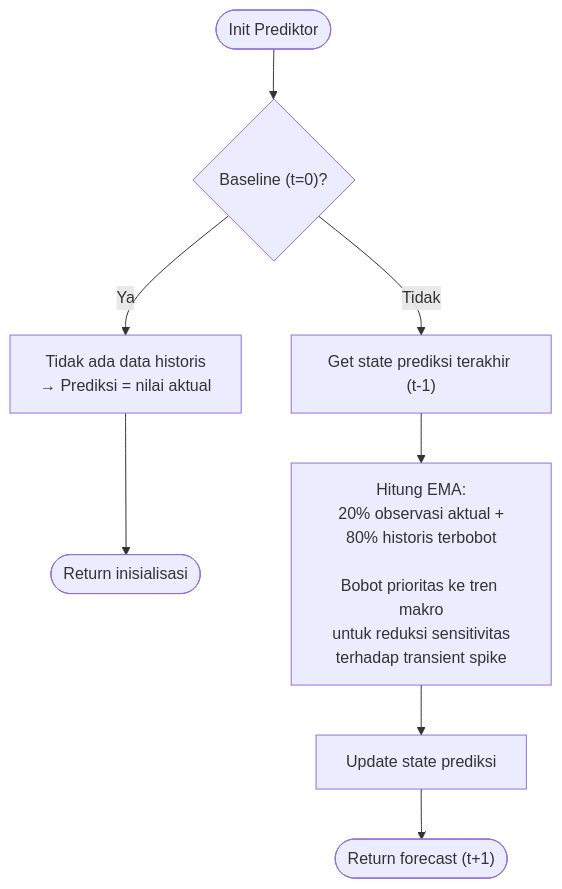
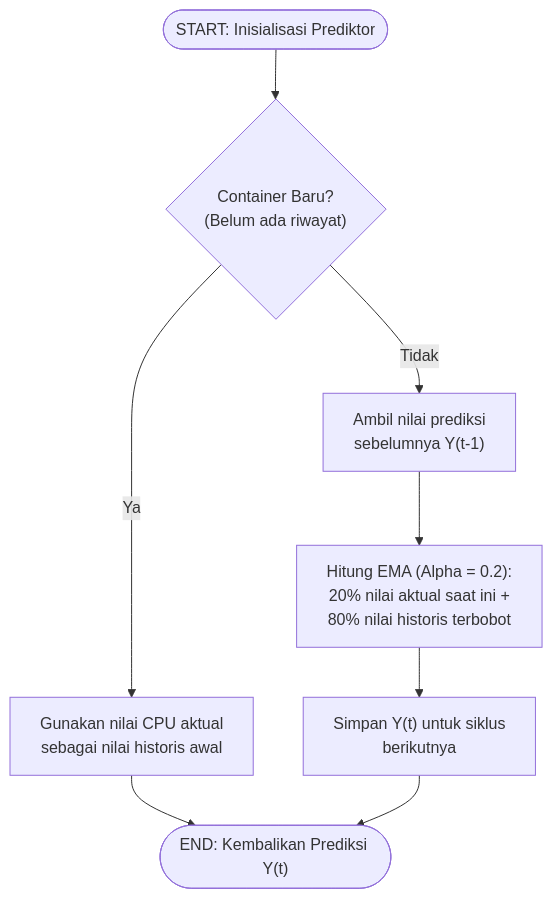
Before and after one commit to fauzanreza/green-container-framework: the third of 4 diagrams in architecture-diagrams/layer-3-control/03_ema_predictor.md, drawn with Mermaid. The commit also changed other lines of this file and 17 other files, not shown here.

Commit message:
edit fitur, menyesuaikan Architecture Diagram

````diff
--- a/architecture-diagrams/layer-3-control/03_ema_predictor.md
+++ b/architecture-diagrams/layer-3-control/03_ema_predictor.md
@@ -73,21 +73,21 @@
 ```mermaid
 flowchart TD
-    START(["Init Prediktor"])
+    START(["START: Inisialisasi Prediktor"])
 
-    PERTAMA{"Baseline (t=0)?"}
-    MULAI["Tidak ada data historis<br/>→ Prediksi = nilai aktual"]
-    HASIL_AWAL(["Return inisialisasi"])
-
-    AMBIL["Get state prediksi terakhir (t-1)"]
-    HITUNG["Hitung EMA:<br/>20% observasi aktual +<br/>80% historis terbobot<br/><br/>Bobot prioritas ke tren makro<br/>untuk reduksi sensitivitas<br/>terhadap transient spike"]
-    SIMPAN["Update state prediksi"]
-    HASIL(["Return forecast (t+1)"])
+    PERTAMA{"Container Baru?<br/>(Belum ada riwayat)"}
+    MULAI["Gunakan nilai CPU aktual<br/>sebagai nilai historis awal"]
+    
+    AMBIL["Ambil nilai prediksi<br/>sebelumnya Y(t-1)"]
+    HITUNG["Hitung EMA (Alpha = 0.2):<br/>20% nilai aktual saat ini +<br/>80% nilai historis terbobot"]
+    SIMPAN["Simpan Y(t) untuk siklus<br/>berikutnya"]
+    
+    SELESAI(["END: Kembalikan Prediksi Y(t)"])
 
     START --> PERTAMA
     PERTAMA -->|Ya| MULAI
-    MULAI --> HASIL_AWAL
+    MULAI --> SELESAI
     PERTAMA -->|Tidak| AMBIL
     AMBIL --> HITUNG
     HITUNG --> SIMPAN
-    SIMPAN --> HASIL
+    SIMPAN --> SELESAI
 ```
````
